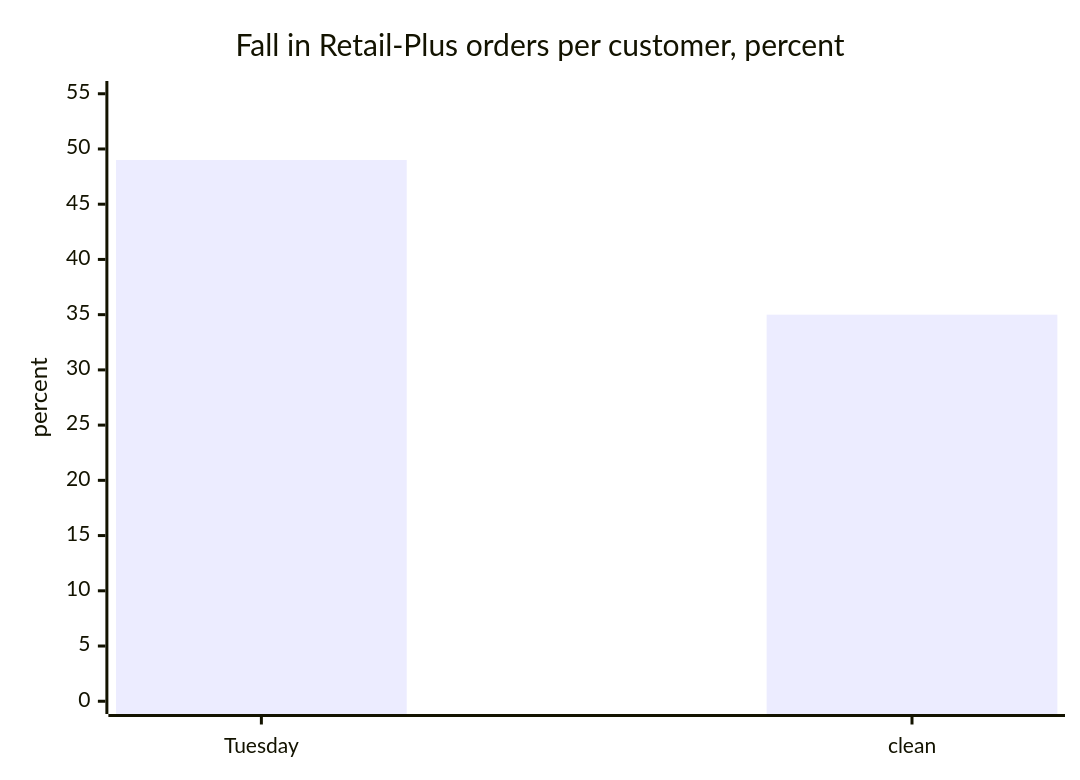
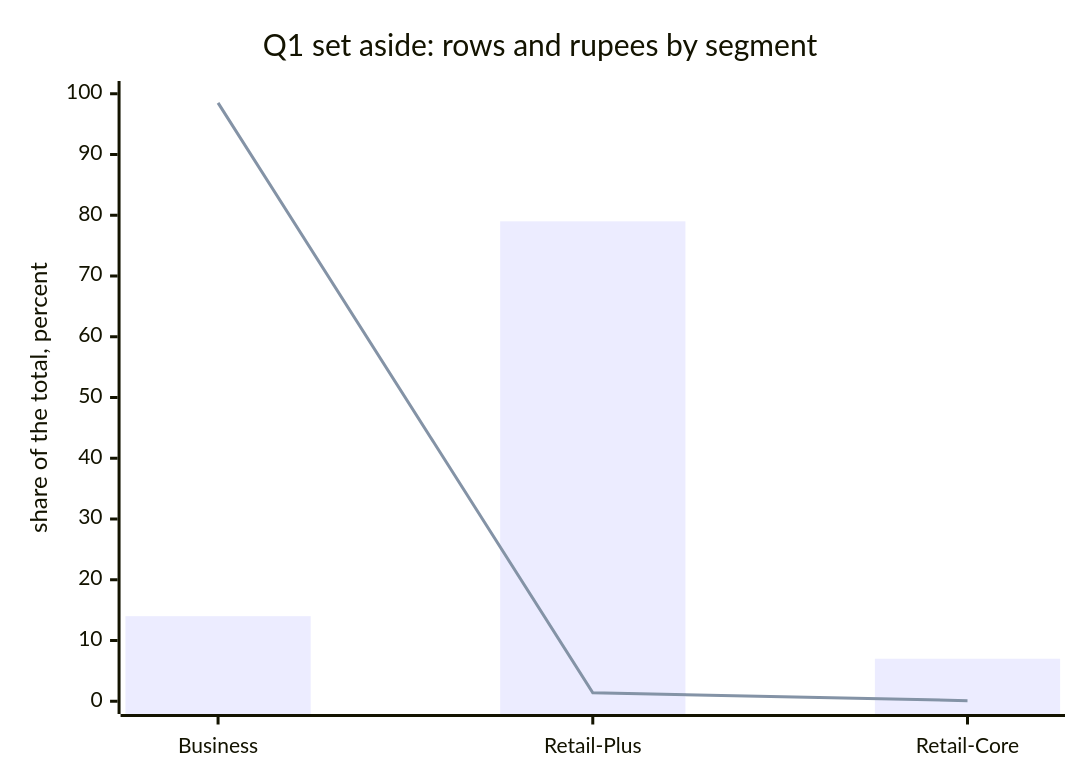
Before and after one commit to fde-academy-lab/c2-content-factory: diagram 14 of 19 in content/W01/D3/slides/C2_W01_D03_half1_STUDENT.md, drawn with Mermaid. The commit also changed other lines of this file and 10 other files, not shown here.

````diff
--- a/content/W01/D3/slides/C2_W01_D03_half1_STUDENT.md
+++ b/content/W01/D3/slides/C2_W01_D03_half1_STUDENT.md
@@ -843,7 +713,8 @@
 ```mermaid
 xychart-beta
-    title "Fall in Retail-Plus orders per customer, percent"
-    x-axis ["Tuesday", "clean"]
-    y-axis "percent" 0 --> 55
-    bar [49.0, 35.0]
+    title "Q1 set aside: rows and rupees by segment"
+    x-axis ["Business", "Retail-Plus", "Retail-Core"]
+    y-axis "share of the total, percent" 0 --> 100
+    bar [14, 79, 7]
+    line [98.5, 1.4, 0.1]
 ```
````
